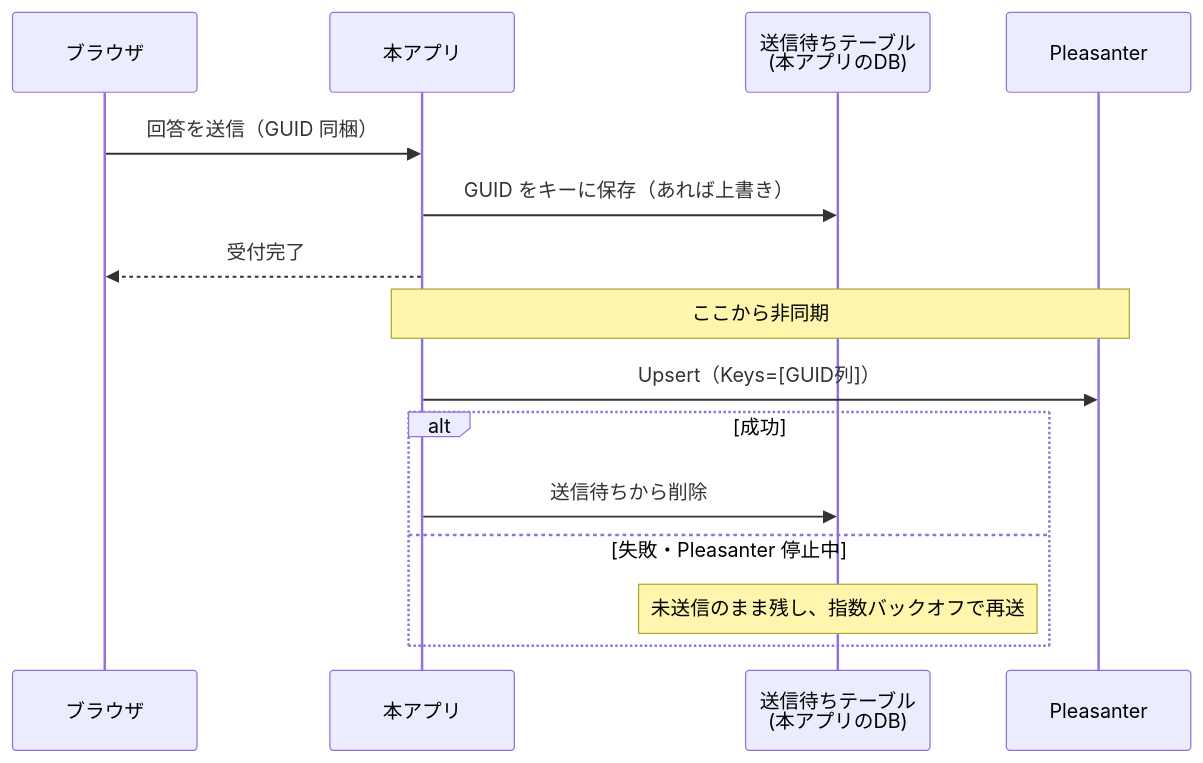
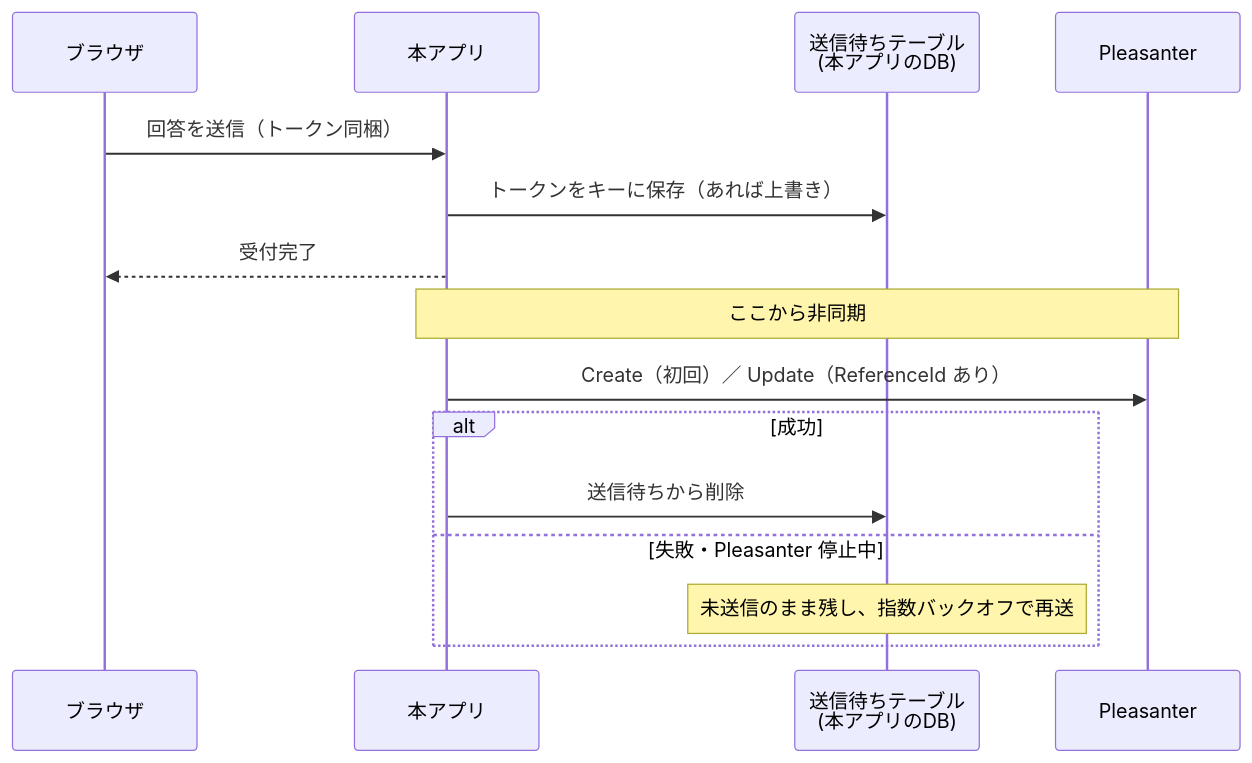
One commit to vehiclevisionjp/VehicleVision.PleasanterTools.Questionnaire changed the fourth of 5 diagrams in _documents/アーキテクチャ方針.md. Above: the diagram before and after it, drawn with Mermaid. The commit also changed other lines of this file and 6 other files, not shown here.

````diff
--- a/_documents/アーキテクチャ方針.md
+++ b/_documents/アーキテクチャ方針.md
@@ -389,18 +582,18 @@
 ```mermaid
 sequenceDiagram
     participant B as ブラウザ
     participant A as 本アプリ
     participant O as 送信待ちテーブル<br/>(本アプリのDB)
     participant P as Pleasanter
 
-    B->>A: 回答を送信（GUID 同梱）
-    A->>O: GUID をキーに保存（あれば上書き）
+    B->>A: 回答を送信（トークン同梱）
+    A->>O: トークンをキーに保存（あれば上書き）
     A-->>B: 受付完了
     Note over A,P: ここから非同期
-    A->>P: Upsert（Keys=[GUID列]）
+    A->>P: Create（初回）／ Update（ReferenceId あり）
     alt 成功
         A->>O: 送信待ちから削除
     else 失敗・Pleasanter 停止中
         Note over O: 未送信のまま残し、指数バックオフで再送
     end
 ```
````
